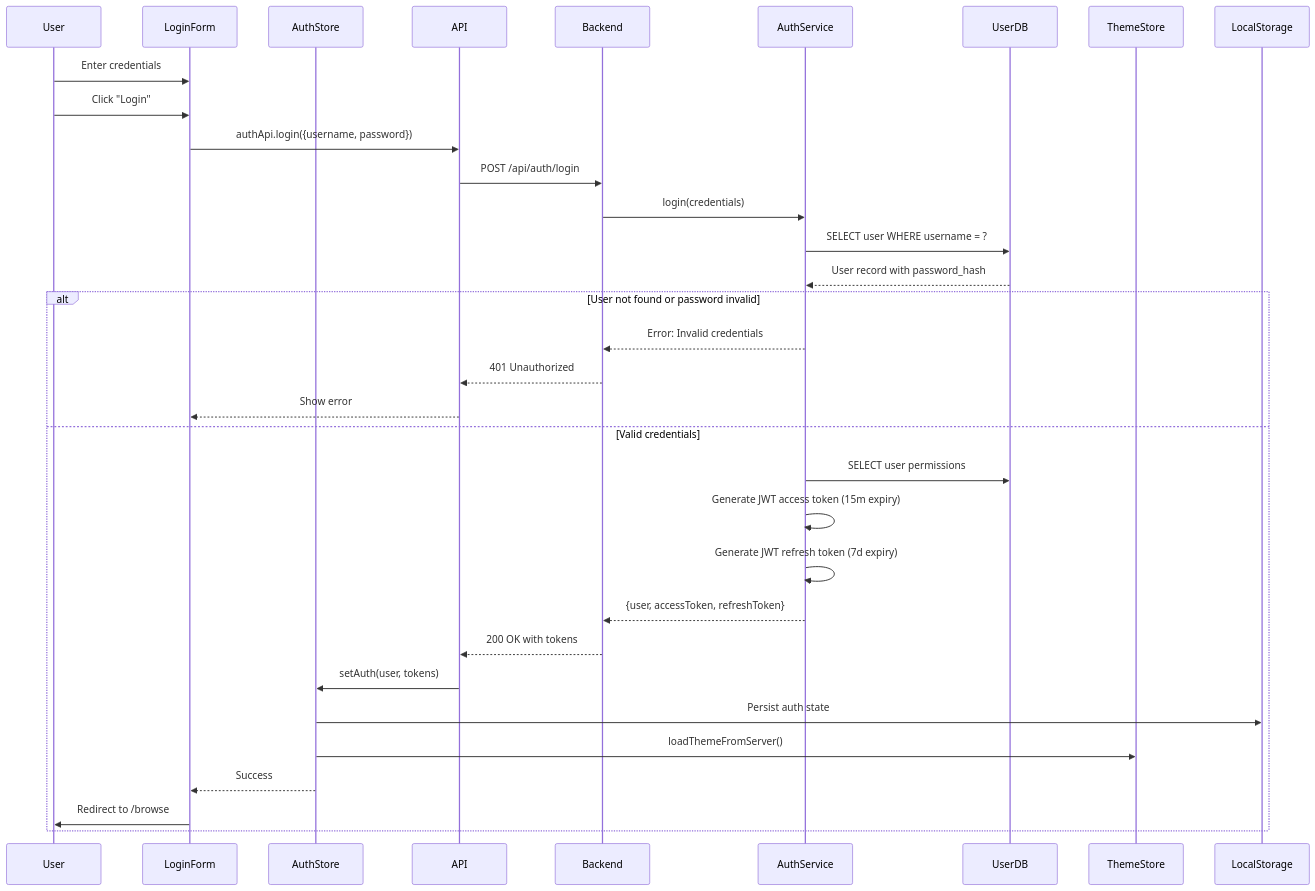
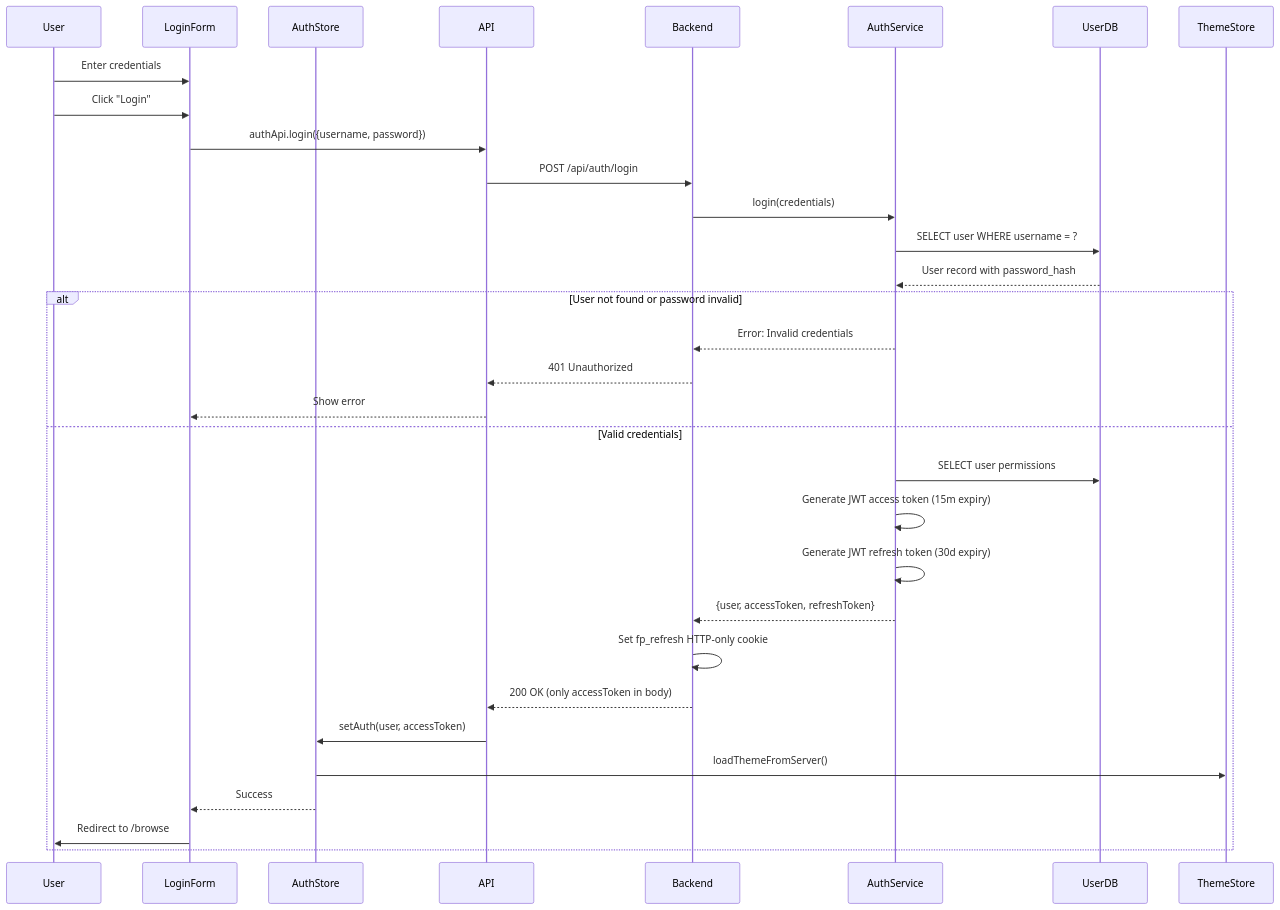
The third of 7 diagrams in docs/02-architecture/authentication-flow.md (darkraise/flashpoint-web), drawn with Mermaid before and after one commit. The commit also changed other lines of this file and 252 other files, not shown here.

````diff
--- a/docs/02-architecture/authentication-flow.md
+++ b/docs/02-architecture/authentication-flow.md
@@ -116,39 +118,39 @@
 ```mermaid
 sequenceDiagram
     participant User
     participant LoginForm
     participant AuthStore
     participant API
     participant Backend
     participant AuthService
     participant UserDB
     participant ThemeStore
 
     User->>LoginForm: Enter credentials
     User->>LoginForm: Click "Login"
 
     LoginForm->>API: authApi.login({username, password})
     API->>Backend: POST /api/auth/login
 
     Backend->>AuthService: login(credentials)
     AuthService->>UserDB: SELECT user WHERE username = ?
     UserDB-->>AuthService: User record with password_hash
 
     alt User not found or password invalid
         AuthService-->>Backend: Error: Invalid credentials
         Backend-->>API: 401 Unauthorized
         API-->>LoginForm: Show error
     else Valid credentials
         AuthService->>UserDB: SELECT user permissions
         AuthService->>AuthService: Generate JWT access token (15m expiry)
-        AuthService->>AuthService: Generate JWT refresh token (7d expiry)
+        AuthService->>AuthService: Generate JWT refresh token (30d expiry)
         AuthService-->>Backend: {user, accessToken, refreshToken}
-        Backend-->>API: 200 OK with tokens
+        Backend->>Backend: Set fp_refresh HTTP-only cookie
+        Backend-->>API: 200 OK (only accessToken in body)
 
-        API->>AuthStore: setAuth(user, tokens)
-        AuthStore->>LocalStorage: Persist auth state
+        API->>AuthStore: setAuth(user, accessToken)
         AuthStore->>ThemeStore: loadThemeFromServer()
         AuthStore-->>LoginForm: Success
         LoginForm->>User: Redirect to /browse
     end
 ```
````
